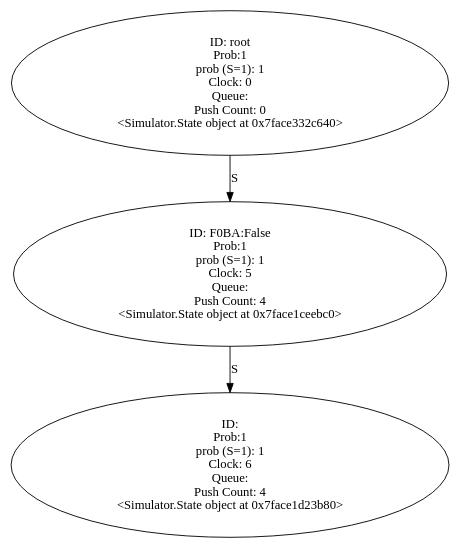
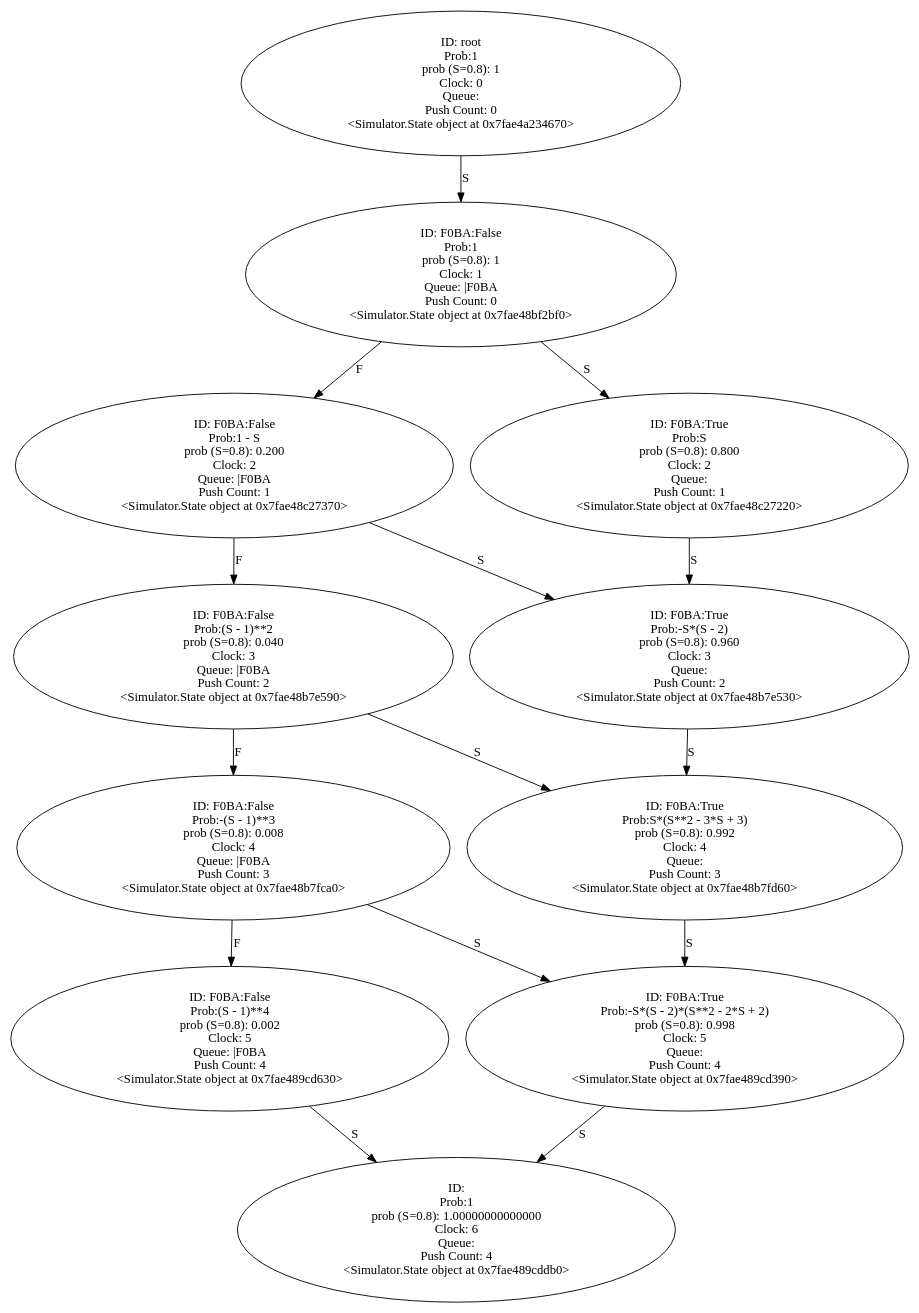
The diagram in Output/pulls.wrp.gv (YasinBoloorchi/WARP-Simulator), drawn with Graphviz before and after one commit. The commit also changed 9 other files, not shown here.

Commit message:
Fixed the push_count issue

```diff
--- a/Output/pulls.wrp.gv
+++ b/Output/pulls.wrp.gv
@@ -1,25 +1,93 @@
 digraph "./Output/pulls.wrp" {
-	<Simulator.State object at 0x7face332c640> [label="ID: root
+	<Simulator.State object at 0x7fae4a234670> [label="ID: root
 Prob:1
-prob (S=1): 1
+prob (S=0.8): 1
 Clock: 0
 Queue: 
 Push Count: 0
-<Simulator.State object at 0x7face332c640>"]
-	<Simulator.State object at 0x7face332c640> -> <Simulator.State object at 0x7face1ceebc0> [label=S]
-	<Simulator.State object at 0x7face1ceebc0> [label="ID: F0BA:False
+<Simulator.State object at 0x7fae4a234670>"]
+	<Simulator.State object at 0x7fae4a234670> -> <Simulator.State object at 0x7fae48bf2bf0> [label=S]
+	<Simulator.State object at 0x7fae48bf2bf0> [label="ID: F0BA:False
 Prob:1
-prob (S=1): 1
+prob (S=0.8): 1
+Clock: 1
+Queue: |F0BA
+Push Count: 0
+<Simulator.State object at 0x7fae48bf2bf0>"]
+	<Simulator.State object at 0x7fae48bf2bf0> -> <Simulator.State object at 0x7fae48c27370> [label=F]
+	<Simulator.State object at 0x7fae48bf2bf0> -> <Simulator.State object at 0x7fae48c27220> [label=S]
+	<Simulator.State object at 0x7fae48c27370> [label="ID: F0BA:False
+Prob:1 - S
+prob (S=0.8): 0.200
+Clock: 2
+Queue: |F0BA
+Push Count: 1
+<Simulator.State object at 0x7fae48c27370>"]
+	<Simulator.State object at 0x7fae48c27370> -> <Simulator.State object at 0x7fae48b7e590> [label=F]
+	<Simulator.State object at 0x7fae48c27370> -> <Simulator.State object at 0x7fae48b7e530> [label=S]
+	<Simulator.State object at 0x7fae48c27220> [label="ID: F0BA:True
+Prob:S
+prob (S=0.8): 0.800
+Clock: 2
+Queue: 
+Push Count: 1
+<Simulator.State object at 0x7fae48c27220>"]
+	<Simulator.State object at 0x7fae48c27220> -> <Simulator.State object at 0x7fae48b7e530> [label=S]
+	<Simulator.State object at 0x7fae48b7e590> [label="ID: F0BA:False
+Prob:(S - 1)**2
+prob (S=0.8): 0.040
+Clock: 3
+Queue: |F0BA
+Push Count: 2
+<Simulator.State object at 0x7fae48b7e590>"]
+	<Simulator.State object at 0x7fae48b7e590> -> <Simulator.State object at 0x7fae48b7fca0> [label=F]
+	<Simulator.State object at 0x7fae48b7e590> -> <Simulator.State object at 0x7fae48b7fd60> [label=S]
+	<Simulator.State object at 0x7fae48b7e530> [label="ID: F0BA:True
+Prob:-S*(S - 2)
+prob (S=0.8): 0.960
+Clock: 3
+Queue: 
+Push Count: 2
+<Simulator.State object at 0x7fae48b7e530>"]
+	<Simulator.State object at 0x7fae48b7e530> -> <Simulator.State object at 0x7fae48b7fd60> [label=S]
+	<Simulator.State object at 0x7fae48b7fca0> [label="ID: F0BA:False
+Prob:-(S - 1)**3
+prob (S=0.8): 0.008
+Clock: 4
+Queue: |F0BA
+Push Count: 3
+<Simulator.State object at 0x7fae48b7fca0>"]
+	<Simulator.State object at 0x7fae48b7fca0> -> <Simulator.State object at 0x7fae489cd630> [label=F]
+	<Simulator.State object at 0x7fae48b7fca0> -> <Simulator.State object at 0x7fae489cd390> [label=S]
+	<Simulator.State object at 0x7fae48b7fd60> [label="ID: F0BA:True
+Prob:S*(S**2 - 3*S + 3)
+prob (S=0.8): 0.992
+Clock: 4
+Queue: 
+Push Count: 3
+<Simulator.State object at 0x7fae48b7fd60>"]
+	<Simulator.State object at 0x7fae48b7fd60> -> <Simulator.State object at 0x7fae489cd390> [label=S]
+	<Simulator.State object at 0x7fae489cd630> [label="ID: F0BA:False
+Prob:(S - 1)**4
+prob (S=0.8): 0.002
+Clock: 5
+Queue: |F0BA
+Push Count: 4
+<Simulator.State object at 0x7fae489cd630>"]
+	<Simulator.State object at 0x7fae489cd630> -> <Simulator.State object at 0x7fae489cddb0> [label=S]
+	<Simulator.State object at 0x7fae489cd390> [label="ID: F0BA:True
+Prob:-S*(S - 2)*(S**2 - 2*S + 2)
+prob (S=0.8): 0.998
 Clock: 5
 Queue: 
 Push Count: 4
-<Simulator.State object at 0x7face1ceebc0>"]
-	<Simulator.State object at 0x7face1ceebc0> -> <Simulator.State object at 0x7face1d23b80> [label=S]
-	<Simulator.State object at 0x7face1d23b80> [label="ID: 
+<Simulator.State object at 0x7fae489cd390>"]
+	<Simulator.State object at 0x7fae489cd390> -> <Simulator.State object at 0x7fae489cddb0> [label=S]
+	<Simulator.State object at 0x7fae489cddb0> [label="ID: 
 Prob:1
-prob (S=1): 1
+prob (S=0.8): 1.00000000000000
 Clock: 6
 Queue: 
 Push Count: 4
-<Simulator.State object at 0x7face1d23b80>"]
+<Simulator.State object at 0x7fae489cddb0>"]
 }
```
